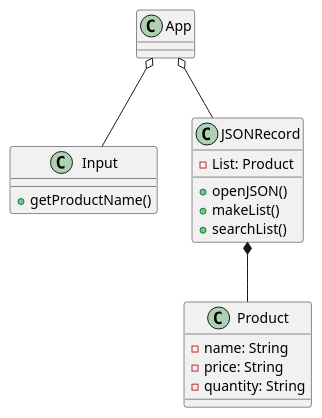
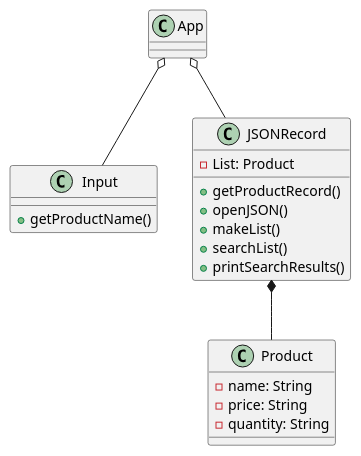
The diagram in src/main/java/ex44/ProductSearch.puml (kingraham228/Ingraham-cop3330-assignment3), drawn with PlantUML before and after one commit. The commit also changed 5 other files, not shown here.

```diff
--- a/src/main/java/ex44/ProductSearch.puml
+++ b/src/main/java/ex44/ProductSearch.puml
@@ -1,24 +1,28 @@
 @startuml
 class App{
 }
+
 class Input{
 +getProductName()
 }
+
 class Product{
 -name: String
 -price: String
 -quantity: String
 }
 
 class JSONRecord{
 -List: Product
++getProductRecord()
 +openJSON()
 +makeList()
 +searchList()
++printSearchResults()
 }
 
 App o-- Input
 App o-- JSONRecord
 JSONRecord *-- Product
 
 @enduml
```
